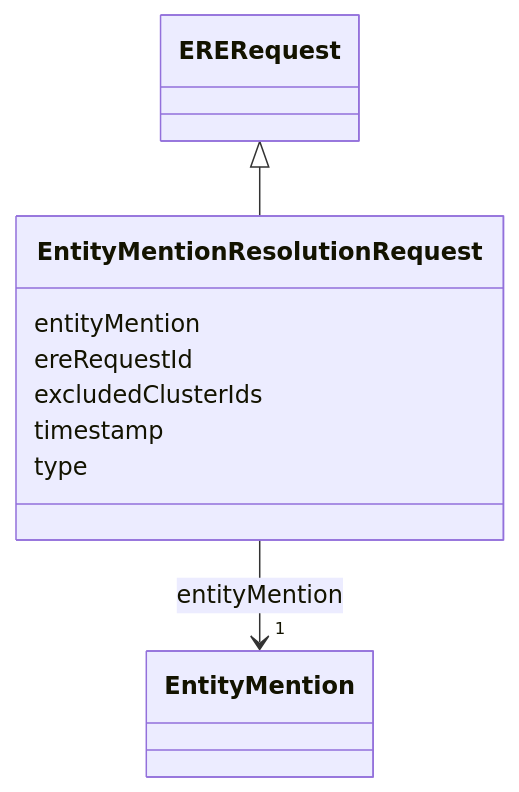
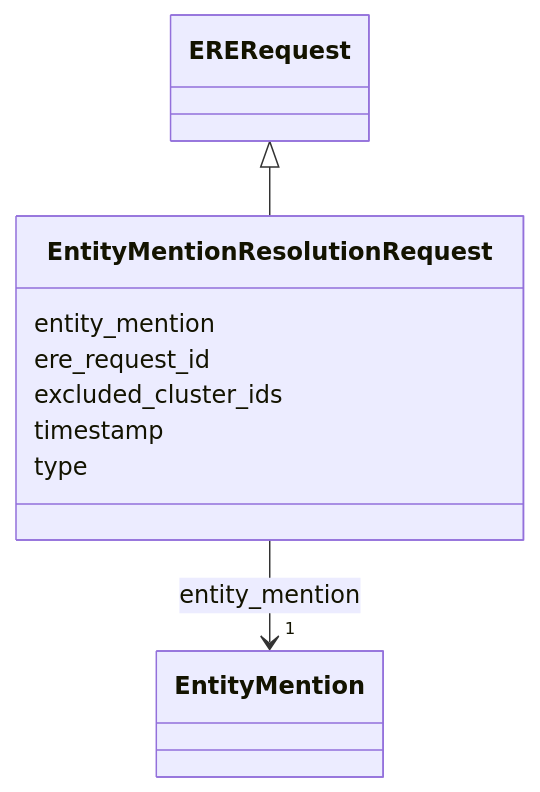
Before and after one commit to OP-TED/entity-resolution-spec: the diagram in docs/schema/EntityMentionResolutionRequest.md, drawn with Mermaid. The commit also changed other lines of this file and 88 other files, not shown here.

````diff
--- a/docs/schema/EntityMentionResolutionRequest.md
+++ b/docs/schema/EntityMentionResolutionRequest.md
@@ -20,28 +20,28 @@
 ```mermaid
  classDiagram
     class EntityMentionResolutionRequest
     click EntityMentionResolutionRequest href "../EntityMentionResolutionRequest/"
       ERERequest <|-- EntityMentionResolutionRequest
         click ERERequest href "../ERERequest/"
       
-      EntityMentionResolutionRequest : entityMention
+      EntityMentionResolutionRequest : entity_mention
         
           
     
         
         
-        EntityMentionResolutionRequest --> "1" EntityMention : entityMention
+        EntityMentionResolutionRequest --> "1" EntityMention : entity_mention
         click EntityMention href "../EntityMention/"
     
 
         
-      EntityMentionResolutionRequest : ereRequestId
+      EntityMentionResolutionRequest : ere_request_id
         
-      EntityMentionResolutionRequest : excludedClusterIds
+      EntityMentionResolutionRequest : excluded_cluster_ids
         
       EntityMentionResolutionRequest : timestamp
         
       EntityMentionResolutionRequest : type
         
       
 ```
````
